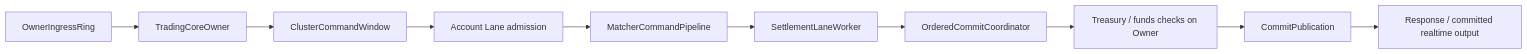
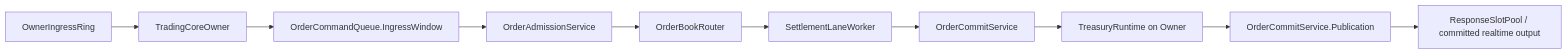
The second of 15 diagrams in README.md (lilaizhencn/surprising-ex), drawn with Mermaid before and after one commit. The commit also changed other lines of this file and 14 other files, not shown here.

First line of the commit message:
docs(aeron): align architecture docs with the current order path

````diff
--- a/README.md
+++ b/README.md
@@ -82,12 +82,12 @@
 ```mermaid
 flowchart LR
     Ingress[OwnerIngressRing] --> Owner[TradingCoreOwner]
-    Owner --> Window[ClusterCommandWindow]
-    Window --> Admission[Account Lane admission]
-    Admission --> Matcher[MatcherCommandPipeline]
+    Owner --> Window[OrderCommandQueue.IngressWindow]
+    Window --> Admission[OrderAdmissionService]
+    Admission --> Matcher[OrderBookRouter]
     Matcher --> Settlement[SettlementLaneWorker]
-    Settlement --> Commit[OrderedCommitCoordinator]
-    Commit --> Treasury[Treasury / funds checks on Owner]
-    Treasury --> Publish[CommitPublication]
-    Publish --> Response[Response / committed realtime output]
+    Settlement --> Commit[OrderCommitService]
+    Commit --> Treasury[TreasuryRuntime on Owner]
+    Treasury --> Publish[OrderCommitService.Publication]
+    Publish --> Response[ResponseSlotPool / committed realtime output]
 ```
````
